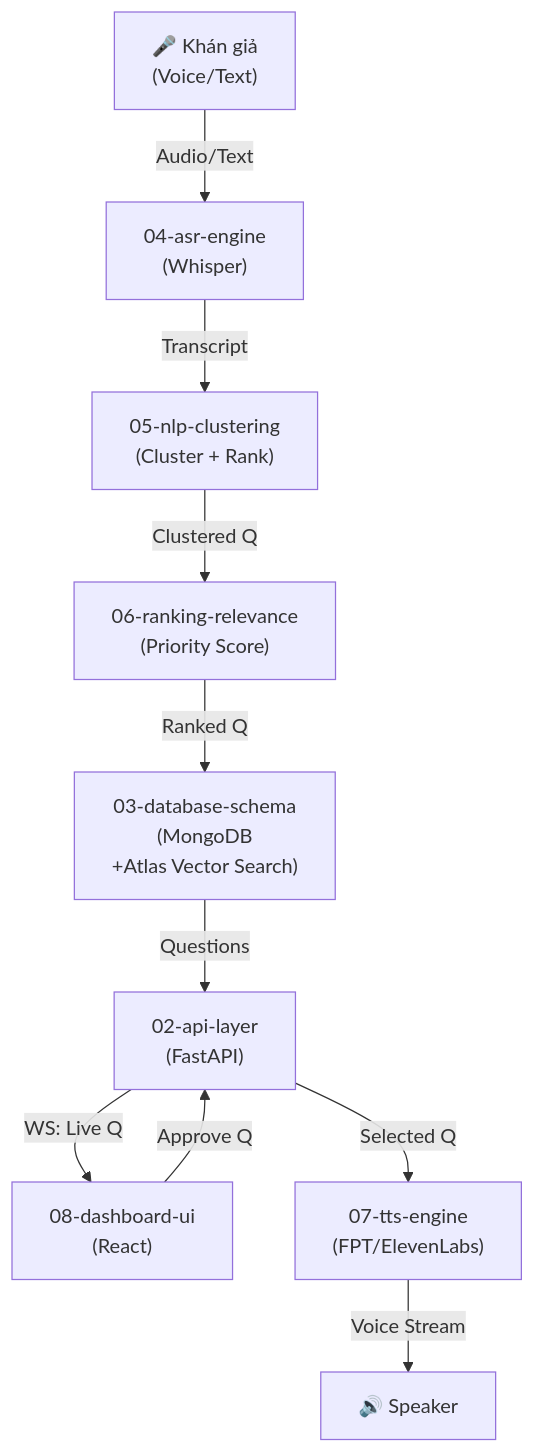
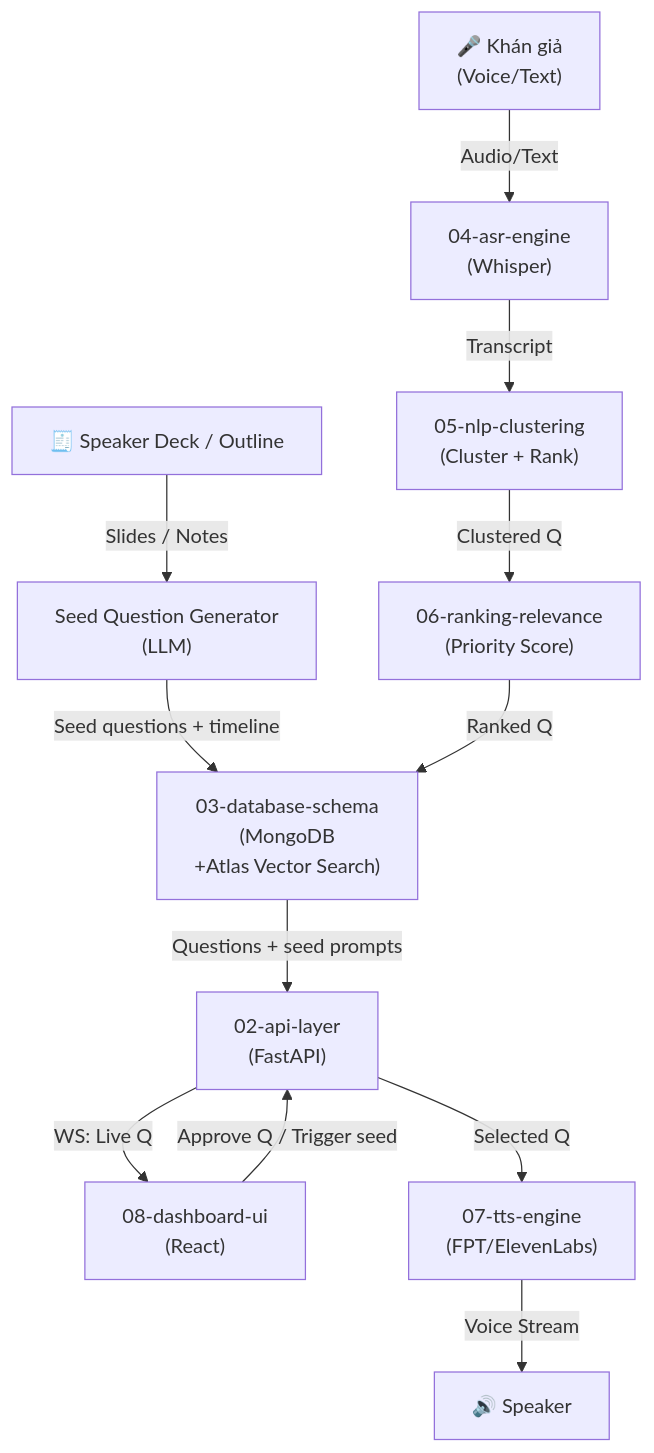
One commit to tranxuantruongworld/A20-APP-107-UI changed the diagram in docs/02-architecture/00-architecture-overview.md. Above: the diagram before and after it, drawn with Mermaid. The commit also changed other lines of this file and 97 other files, not shown here.

````diff
--- a/docs/02-architecture/00-architecture-overview.md
+++ b/docs/02-architecture/00-architecture-overview.md
@@ -7,22 +7,26 @@
 ```mermaid
 graph TB
+    Deck["🧾 Speaker Deck / Outline"]
     Audience["🎤 Khán giả<br/>(Voice/Text)"]
     ASR["04-asr-engine<br/>(Whisper)"]
     NLP["05-nlp-clustering<br/>(Cluster + Rank)"]
     Rank["06-ranking-relevance<br/>(Priority Score)"]
+    Seed["Seed Question Generator<br/>(LLM)"]
     DB["03-database-schema<br/>(MongoDB<br/>+Atlas Vector Search)"]
     API["02-api-layer<br/>(FastAPI)"]
     Dashboard["08-dashboard-ui<br/>(React)"]
     TTS["07-tts-engine<br/>(FPT/ElevenLabs)"]
     Speaker["🔊 Speaker"]
 
+    Deck -->|Slides / Notes| Seed
+    Seed -->|Seed questions + timeline| DB
     Audience -->|Audio/Text| ASR
     ASR -->|Transcript| NLP
     NLP -->|Clustered Q| Rank
     Rank -->|Ranked Q| DB
-    DB -->|Questions| API
+    DB -->|Questions + seed prompts| API
     API -->|WS: Live Q| Dashboard
-    Dashboard -->|Approve Q| API
+    Dashboard -->|Approve Q / Trigger seed| API
     API -->|Selected Q| TTS
     TTS -->|Voice Stream| Speaker
 ```
````
